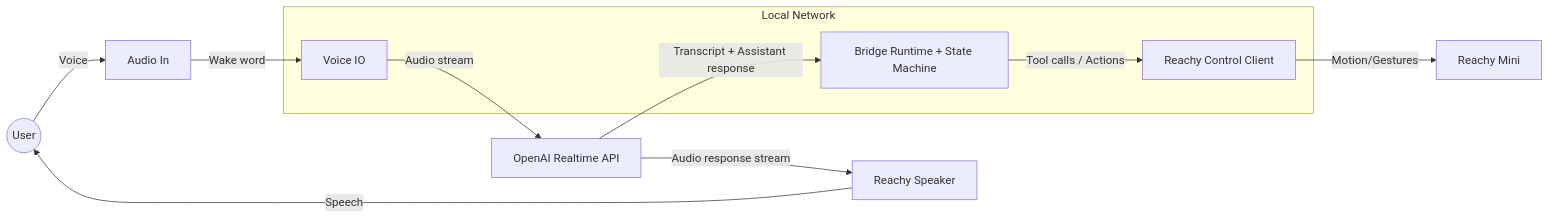
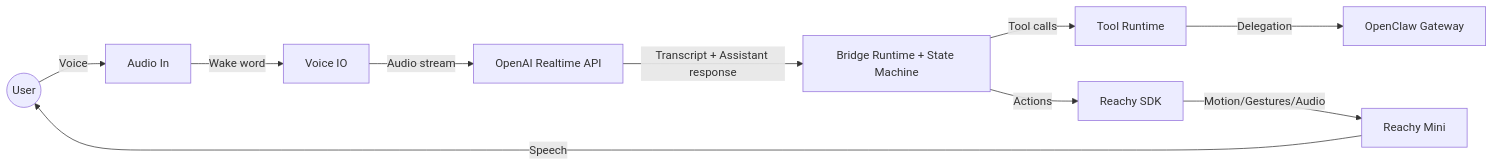
The diagram in README.md (rafaheringer/dobby-the-claw), drawn with Mermaid before and after one commit. The commit also changed other lines of this file and 19 other files, not shown here.

Commit message:
Add OpenClaw integration: implement gateway client, delegate tool, and update architecture documentation

````diff
--- a/README.md
+++ b/README.md
@@ -17,17 +17,12 @@
 ```mermaid
 flowchart LR
     user((User)) -->|Voice| mic[Audio In]
     mic -->|Wake word| voice[Voice IO]
     voice -->|Audio stream| rt[OpenAI Realtime API]
-    rt -->|Transcript + Assistant response| policy[Bridge Runtime + State Machine]
-    policy -->|Tool calls / Actions| reachy[Reachy Control Client]
-    reachy -->|Motion/Gestures| reachy_hw[Reachy Mini]
-    rt -->|Audio response stream| speaker[Reachy Speaker]
-    speaker -->|Speech| user
-
-    subgraph Local Network
-        voice
-        policy
-        reachy
-    end
+    rt -->|Transcript + Assistant response| bridge[Bridge Runtime + State Machine]
+    bridge -->|Tool calls| tools[Tool Runtime]
+    tools -->|Delegation| oc[OpenClaw Gateway]
+    bridge -->|Actions| reachy[Reachy SDK]
+    reachy -->|Motion/Gestures/Audio| hw[Reachy Mini]
+    hw -->|Speech| user
 ```
````
